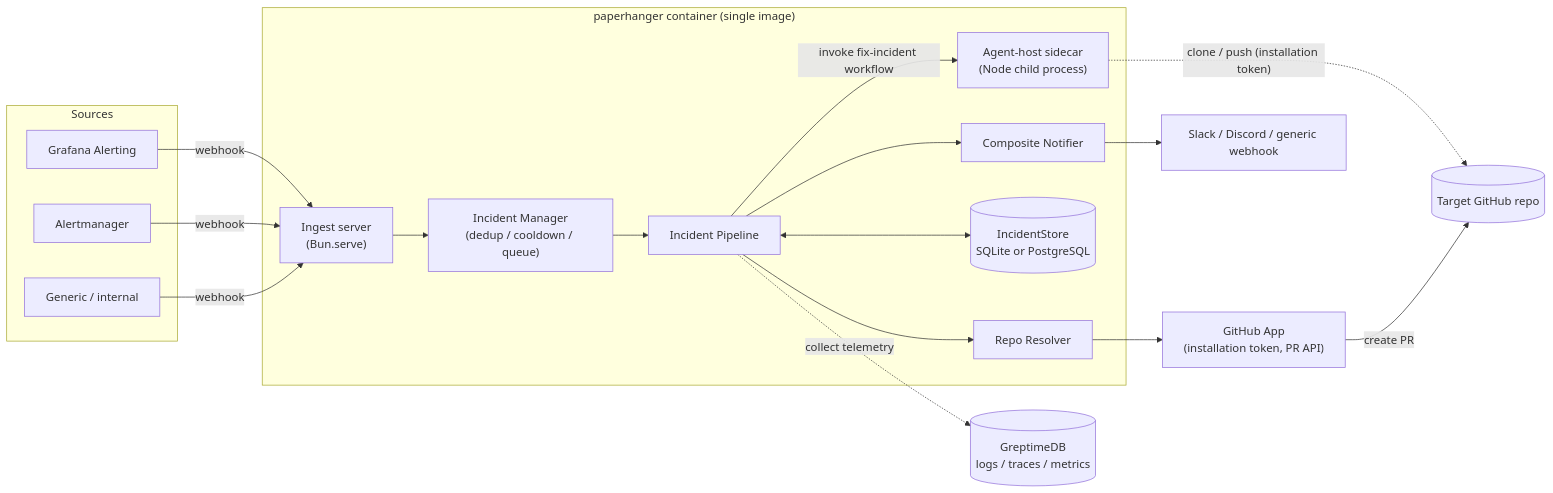
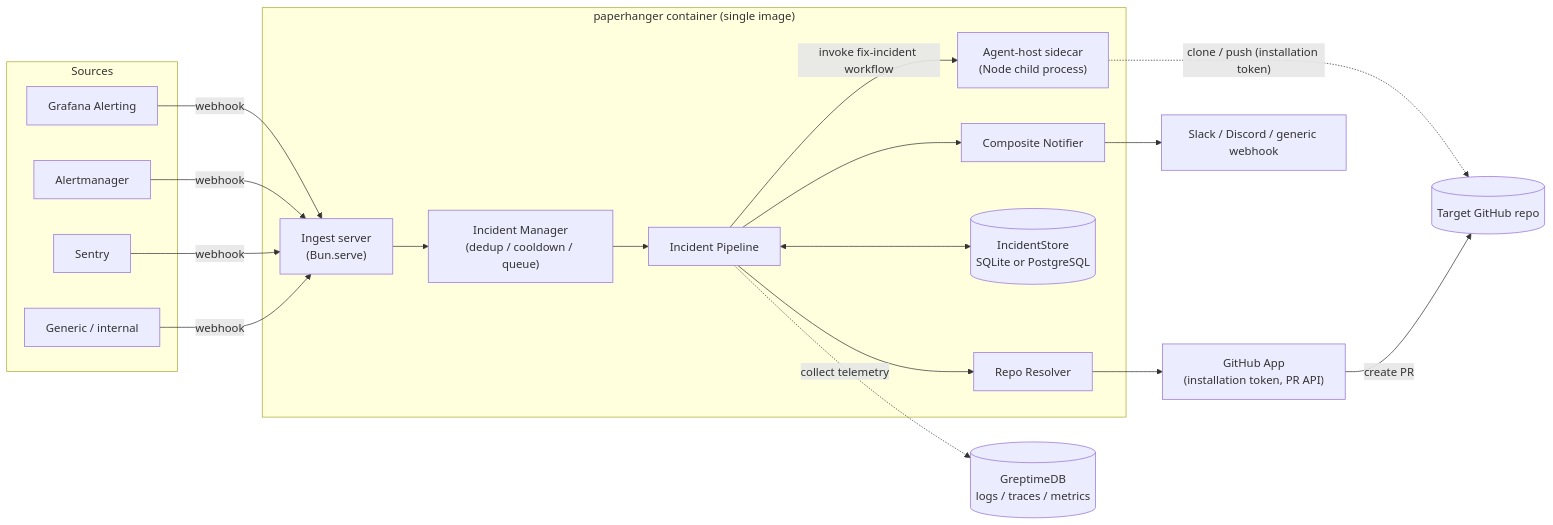
The first of 2 diagrams in README.md (smartcrabai/paperhanger), drawn with Mermaid before and after one commit. The commit also changed other lines of this file and 6 other files, not shown here.

````diff
--- a/README.md
+++ b/README.md
@@ -27,36 +27,38 @@
 ```mermaid
 flowchart LR
     subgraph Sources
       GF[Grafana Alerting]
       AM[Alertmanager]
+      SE[Sentry]
       GN[Generic / internal]
     end
 
     GF -- webhook --> ING
     AM -- webhook --> ING
+    SE -- webhook --> ING
     GN -- webhook --> ING
 
     subgraph container["paperhanger container (single image)"]
       ING["Ingest server\n(Bun.serve)"]
       MGR["Incident Manager\n(dedup / cooldown / queue)"]
       PIPE["Incident Pipeline"]
       RES["Repo Resolver"]
       SIDE["Agent-host sidecar\n(Node child process)"]
       STORE[("IncidentStore\nSQLite or PostgreSQL")]
       NOTIFY["Composite Notifier"]
     end
 
     TEL[("GreptimeDB\nlogs / traces / metrics")]
     GH["GitHub App\n(installation token, PR API)"]
     REPO[("Target GitHub repo")]
     CHAT["Slack / Discord / generic webhook"]
 
     ING --> MGR --> PIPE
     PIPE <--> STORE
     PIPE --> RES --> GH
     PIPE -. "collect telemetry" .-> TEL
     PIPE -- "invoke fix-incident workflow" --> SIDE
     SIDE -. "clone / push (installation token)" .-> REPO
     GH -- "create PR" --> REPO
     PIPE --> NOTIFY --> CHAT
 ```
````
